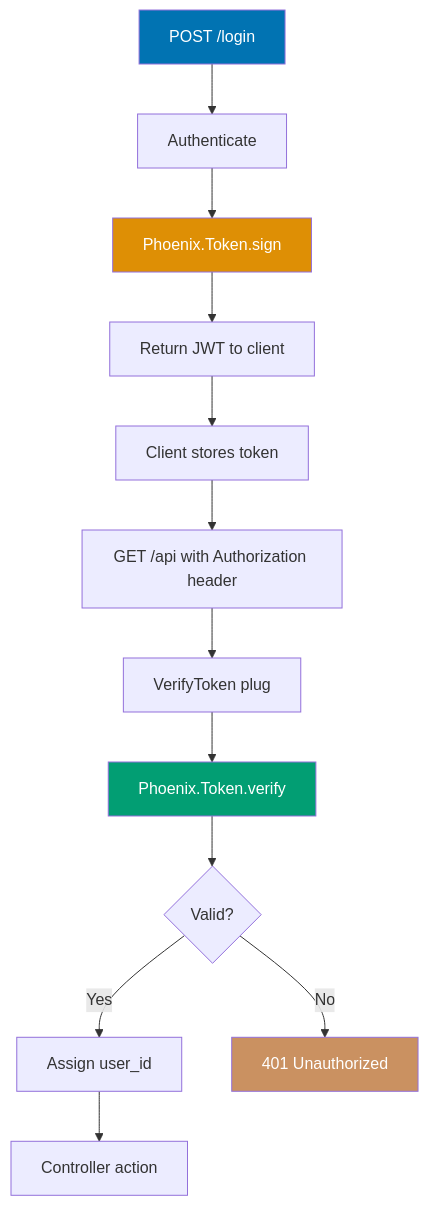
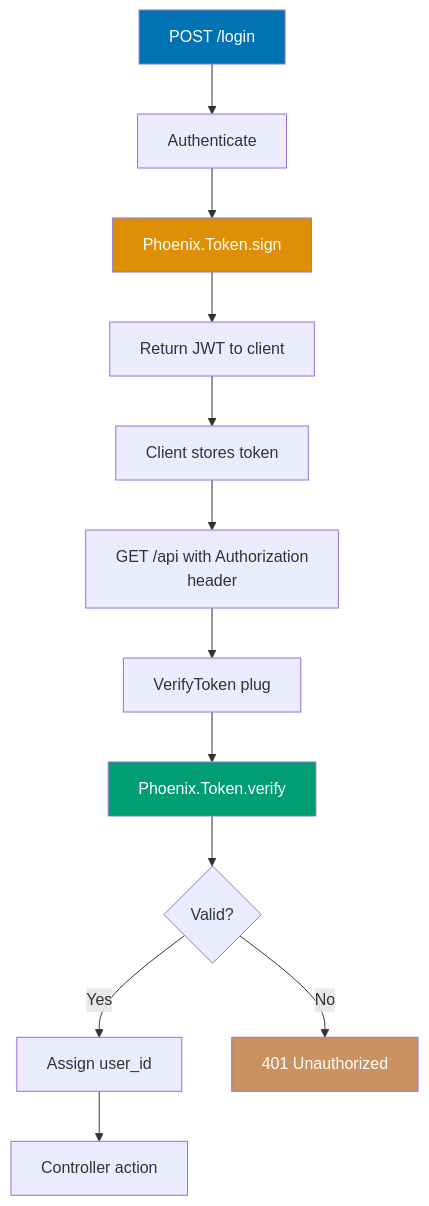
The seventh of 10 diagrams in apps/ayokoding-web/content/en/learn/software-engineering/platforms/web/tools/elixir-phoenix/by-example/intermediate.md (wahidyankf/baseerah), drawn with Mermaid before and after one commit. The commit also changed other lines of this file and 17 other files, not shown here.

First line of the commit message:
fix(ci): scope pre-push mermaid check to governance + docs dirs

````diff
--- a/apps/ayokoding-web/content/en/learn/software-engineering/platforms/web/tools/elixir-phoenix/by-example/intermediate.md
+++ b/apps/ayokoding-web/content/en/learn/software-engineering/platforms/web/tools/elixir-phoenix/by-example/intermediate.md
@@ -1199,20 +1199,20 @@
 ```mermaid
 %% JWT token lifecycle
 graph TD
     A[POST /login] --> B[Authenticate]
     B --> C[Phoenix.Token.sign]
     C --> D[Return JWT to client]
     D --> E[Client stores token]
-    E --> F[GET /api with Authorization header]
+    E --> F[GET /api with Authorization<br/>header]
     F --> G[VerifyToken plug]
     G --> H[Phoenix.Token.verify]
     H --> I{Valid?}
     I -->|Yes| J[Assign user_id]
     I -->|No| K[401 Unauthorized]
     J --> L[Controller action]
 
     style A fill:#0173B2,color:#fff
     style C fill:#DE8F05,color:#fff
     style H fill:#029E73,color:#fff
     style K fill:#CA9161,color:#fff
 ```
````
